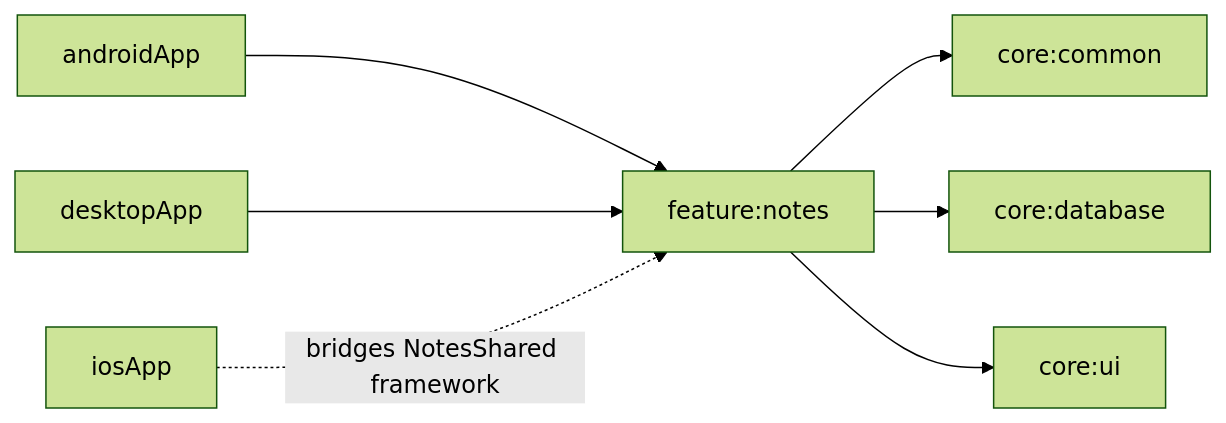
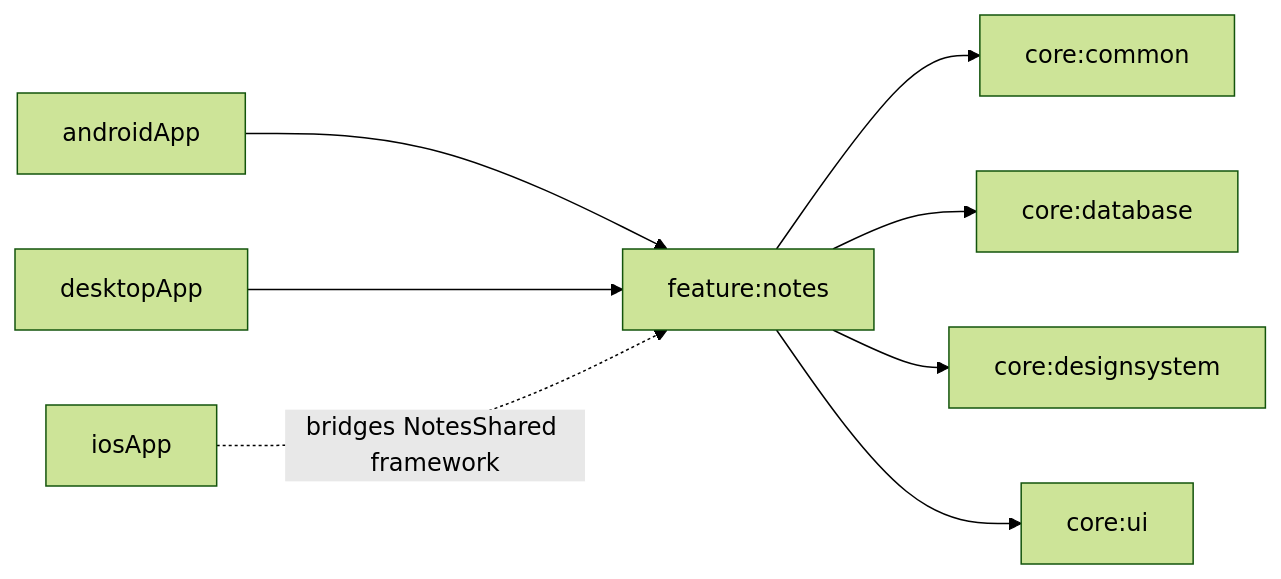
Before and after one commit to TheSetox/note: the diagram in feature/notes/README.md, drawn with Mermaid (forest theme). The commit also changed other lines of this file and 18 other files, not shown here.

Commit message:
feat: add notes design system

````diff
--- a/feature/notes/README.md
+++ b/feature/notes/README.md
@@ -29,10 +30,11 @@
 ```mermaid
 graph LR
   androidApp["androidApp"] --> featureNotes["feature:notes"]
   desktopApp["desktopApp"] --> featureNotes
   iosApp["iosApp"] -. "bridges NotesShared framework" .-> featureNotes
 
   featureNotes --> coreCommon["core:common"]
   featureNotes --> coreDatabase["core:database"]
+  featureNotes --> coreDesignSystem["core:designsystem"]
   featureNotes --> coreUi["core:ui"]
 ```
````
